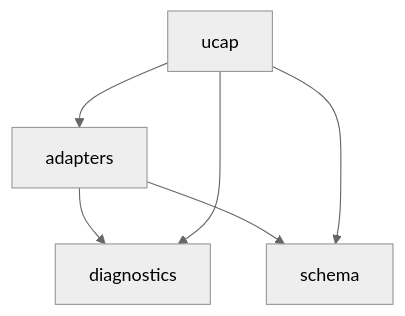
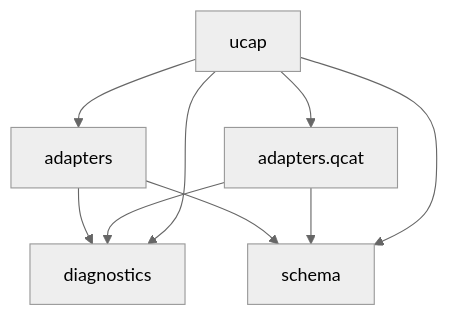
Before and after one commit to kurnoolion/ucap: the diagram in docs/compact/MAP.md, drawn with Mermaid (neutral theme). The commit also changed other lines of this file and 6 other files, not shown here.

````diff
--- a/docs/compact/MAP.md
+++ b/docs/compact/MAP.md
@@ -16,12 +17,16 @@
 ```mermaid
 flowchart TD
     m_adapters[adapters]
+    m_adapters_qcat[adapters.qcat]
     m_diagnostics[diagnostics]
     m_schema[schema]
     m_ucap[ucap]
     m_adapters --> m_diagnostics
     m_adapters --> m_schema
+    m_adapters_qcat --> m_diagnostics
+    m_adapters_qcat --> m_schema
     m_ucap --> m_adapters
+    m_ucap --> m_adapters_qcat
     m_ucap --> m_diagnostics
     m_ucap --> m_schema
 ```
````
